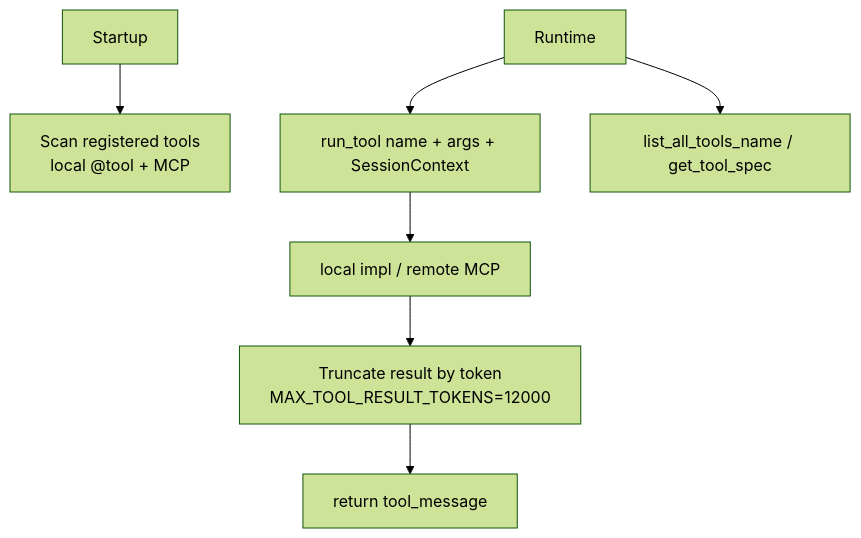
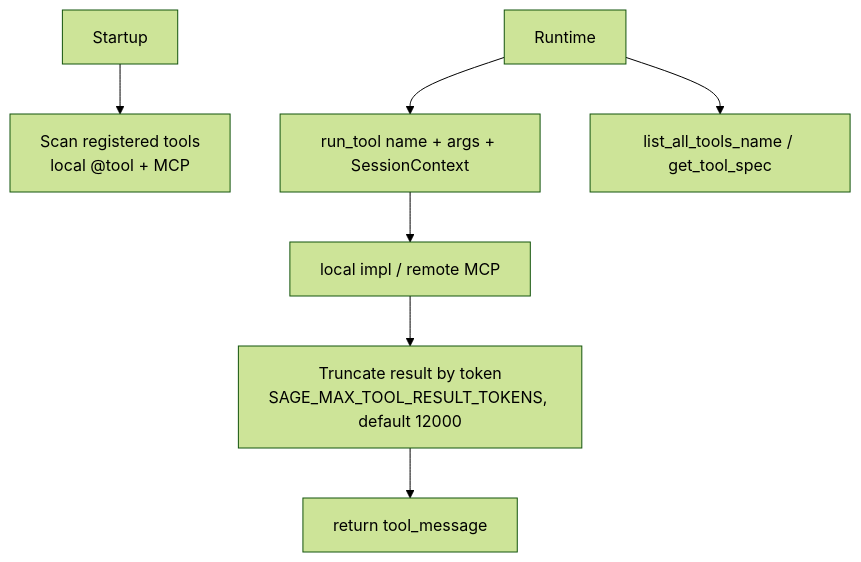
Before and after one commit to ZHangZHengEric/Sage: the third of 11 diagrams in docs/en/architecture/ARCHITECTURE_SAGENTS_TOOL_SKILL.md, drawn with Mermaid (forest theme). The commit also changed 6 other files, not shown here.

Commit message:
Make tool result token limit configurable

````diff
--- a/docs/en/architecture/ARCHITECTURE_SAGENTS_TOOL_SKILL.md
+++ b/docs/en/architecture/ARCHITECTURE_SAGENTS_TOOL_SKILL.md
@@ -66,9 +66,9 @@
 ```mermaid
 flowchart TB
     Start[Startup] --> Scan[Scan registered tools<br/>local @tool + MCP]
     Run[Runtime] --> Call[run_tool name + args + SessionContext]
     Call --> Exec[local impl / remote MCP]
-    Exec --> Trunc[Truncate result by token<br/>MAX_TOOL_RESULT_TOKENS=12000]
+    Exec --> Trunc[Truncate result by token<br/>SAGE_MAX_TOOL_RESULT_TOKENS, default 12000]
     Trunc --> ToAgent[return tool_message]
     Run --> Meta[list_all_tools_name / get_tool_spec]
 ```
````
